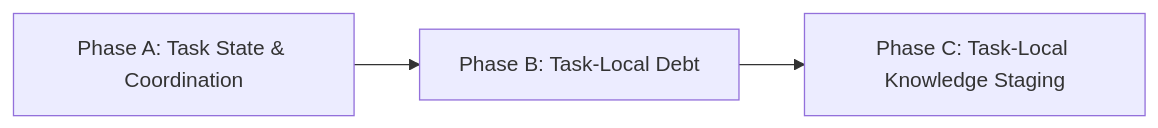
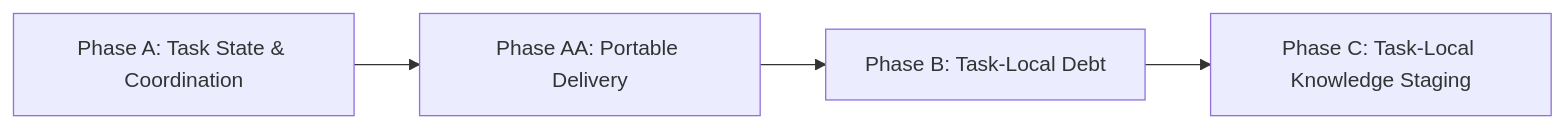
The diagram in tasks/TFW-60__conflict_resistant_shared_workspace/HL-TFW-60__conflict_resistant_shared_workspace.md (saubakirov/trace-first-starter), drawn with Mermaid before and after one commit. The commit also changed other lines of this file and 1 other file, not shown here.

First line of the commit message:
[claude-code/TFW-60/freeze/coordinator] add phase AA, re-freeze

````diff
--- a/tasks/TFW-60__conflict_resistant_shared_workspace/HL-TFW-60__conflict_resistant_shared_workspace.md
+++ b/tasks/TFW-60__conflict_resistant_shared_workspace/HL-TFW-60__conflict_resistant_shared_workspace.md
@@ -198,5 +198,6 @@
 ```mermaid
 graph LR
-  A["Phase A: Task State & Coordination"] --> B["Phase B: Task-Local Debt"]
+  A["Phase A: Task State & Coordination"] --> AA["Phase AA: Portable Delivery"]
+  AA --> B["Phase B: Task-Local Debt"]
   B --> C["Phase C: Task-Local Knowledge Staging"]
 ```
````
